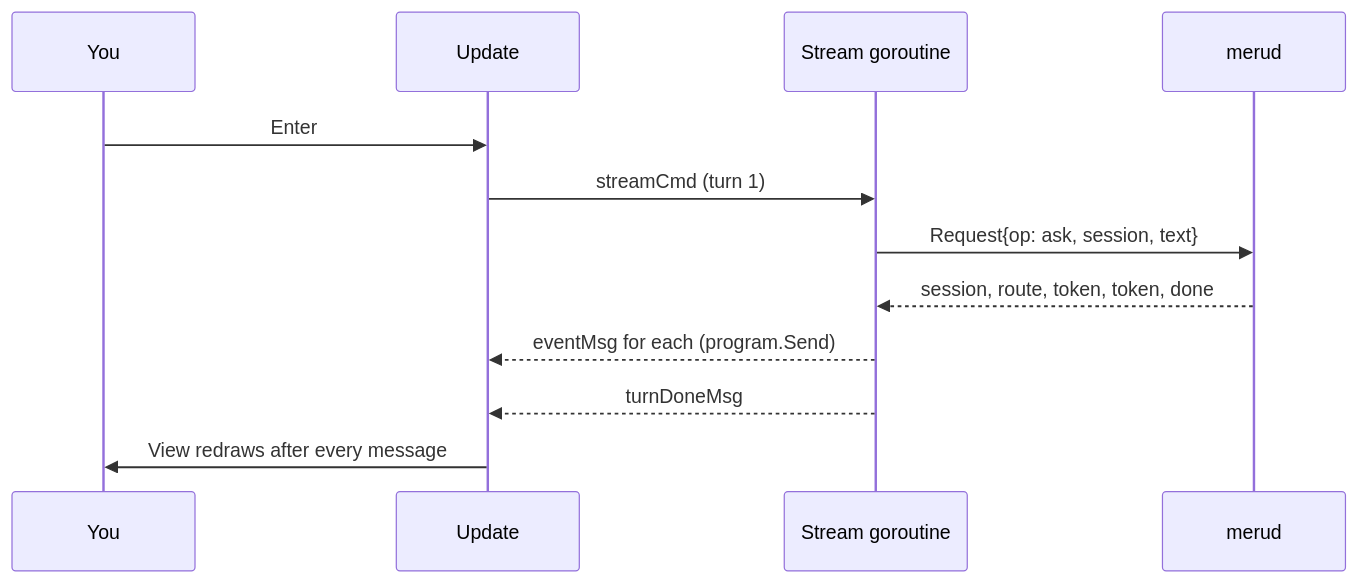
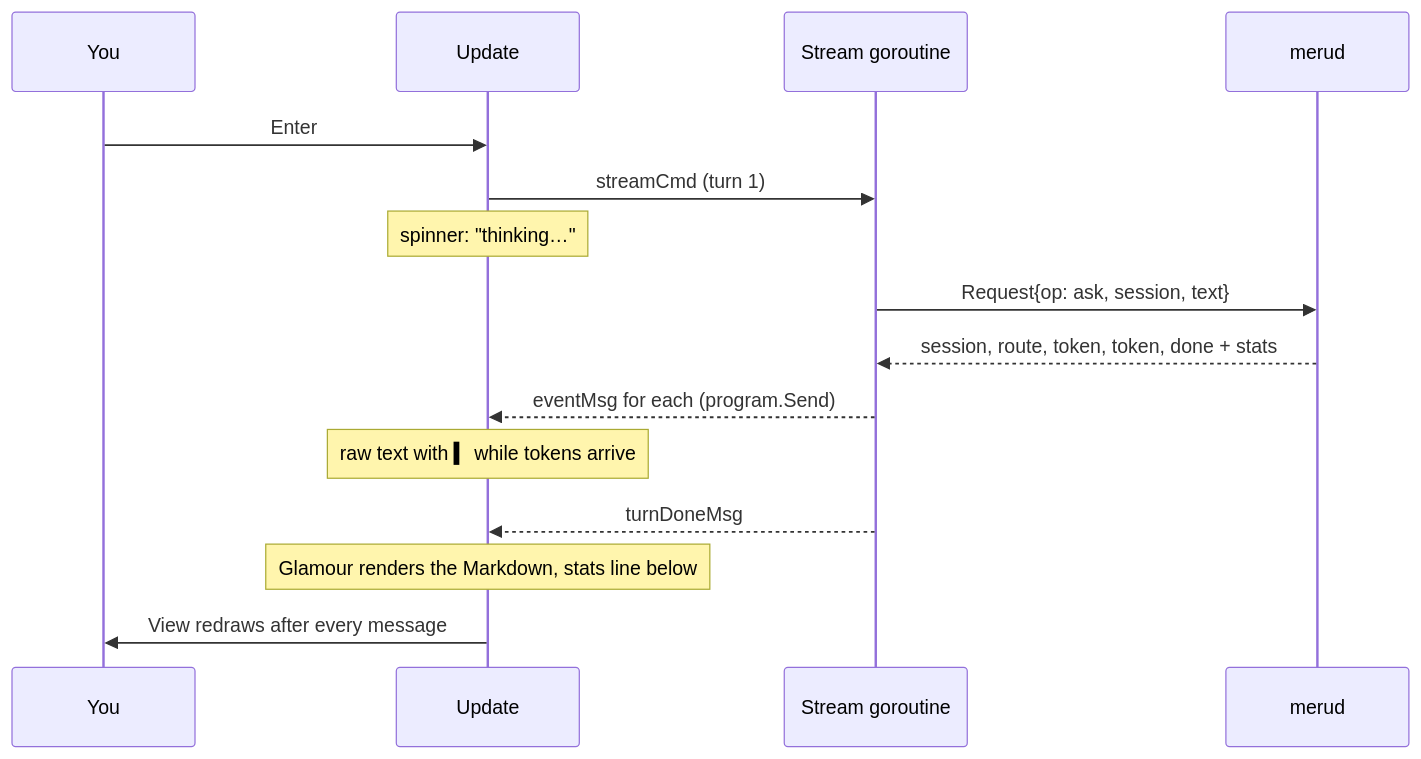
Before and after one commit to aarora79/meru: the second of 2 diagrams in docs/coding-notes/tui.md, drawn with Mermaid. The commit also changed other lines of this file and 30 other files, not shown here.

````diff
--- a/docs/coding-notes/tui.md
+++ b/docs/coding-notes/tui.md
@@ -37,14 +66,17 @@
 ```mermaid
 sequenceDiagram
     participant U as You
     participant M as Update
     participant G as Stream goroutine
     participant D as merud
     U->>M: Enter
     M->>G: streamCmd (turn 1)
+    Note over M: spinner: "thinking…"
     G->>D: Request{op: ask, session, text}
-    D-->>G: session, route, token, token, done
+    D-->>G: session, route, token, token, done + stats
     G-->>M: eventMsg for each (program.Send)
+    Note over M: raw text with ▍ while tokens arrive
     G-->>M: turnDoneMsg
+    Note over M: Glamour renders the Markdown, stats line below
     M->>U: View redraws after every message
 ```
````
